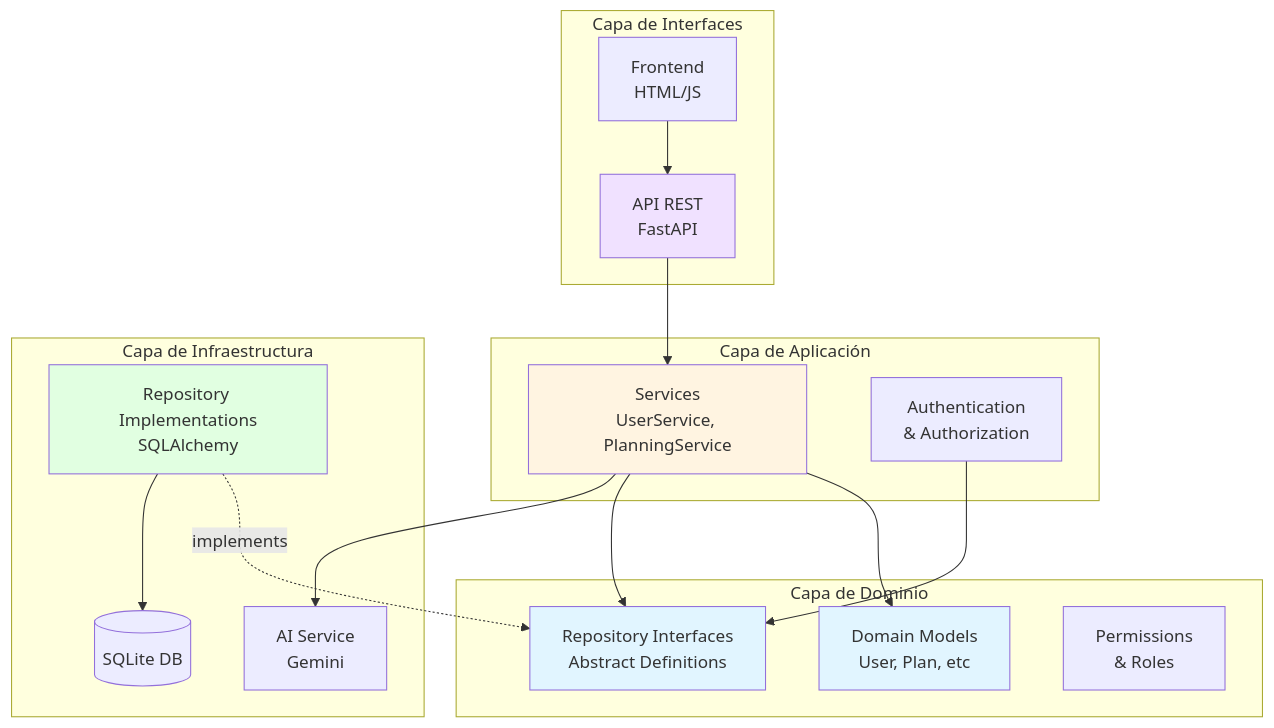
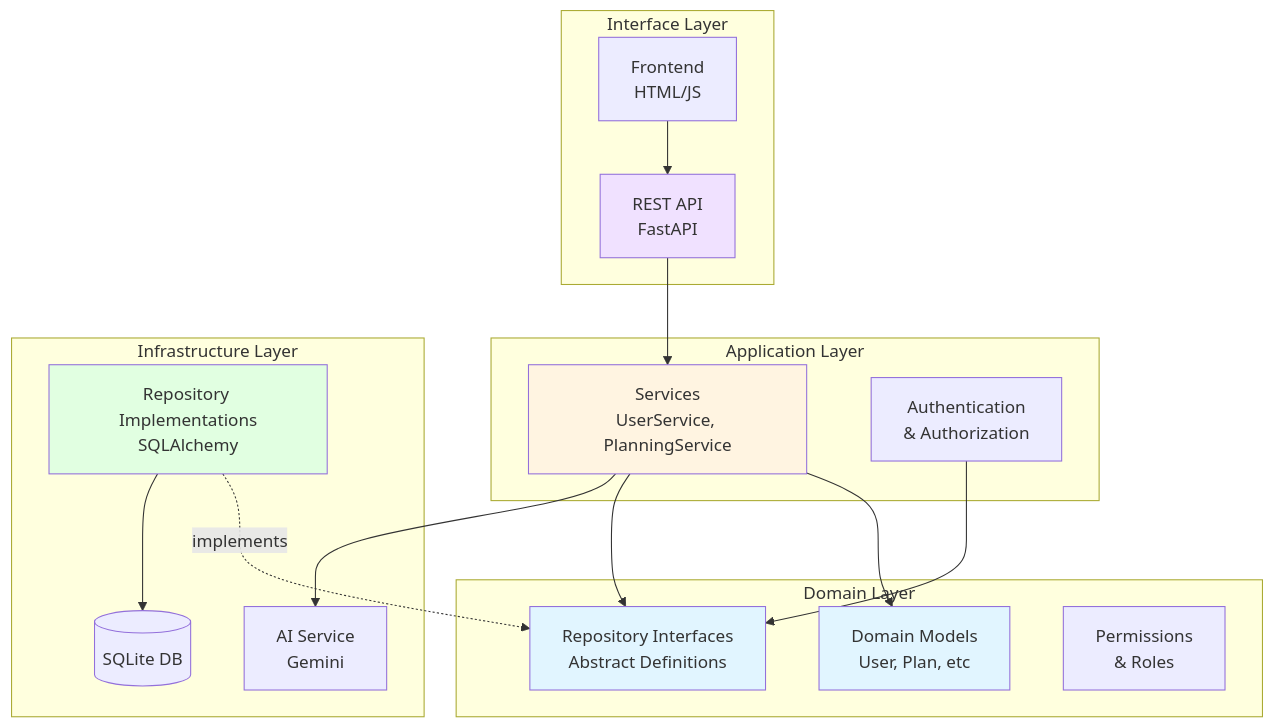
The first of 5 diagrams in ARCHITECTURE.md (LuisFelipe09/agent_fitness), drawn with Mermaid before and after one commit. The commit also changed other lines of this file and 1 other file, not shown here.

Commit message:
docs: Translate architecture document to English and create project README.

````diff
--- a/ARCHITECTURE.md
+++ b/ARCHITECTURE.md
@@ -7,39 +7,39 @@
 ```mermaid
 graph TB
-    subgraph "Capa de Interfaces"
-        API[API REST<br/>FastAPI]
+    subgraph "Interface Layer"
+        API[REST API<br/>FastAPI]
         Frontend[Frontend<br/>HTML/JS]
     end
     
-    subgraph "Capa de Aplicación"
+    subgraph "Application Layer"
         Services[Services<br/>UserService, PlanningService]
         Auth[Authentication<br/>& Authorization]
     end
     
-    subgraph "Capa de Dominio"
+    subgraph "Domain Layer"
         Models[Domain Models<br/>User, Plan, etc]
         Repos[Repository Interfaces<br/>Abstract Definitions]
         Permissions[Permissions<br/>& Roles]
     end
     
-    subgraph "Capa de Infraestructura"
+    subgraph "Infrastructure Layer"
         RepoImpl[Repository Implementations<br/>SQLAlchemy]
         AI[AI Service<br/>Gemini]
         DB[(SQLite DB)]
     end
     
     API --> Services
     Frontend --> API
     Services --> Models
     Services --> Repos
     Auth --> Repos
     RepoImpl -.implements.-> Repos
     RepoImpl --> DB
     Services --> AI
     
     style Models fill:#e1f5ff
     style Repos fill:#e1f5ff
     style Services fill:#fff4e1
     style API fill:#f0e1ff
     style RepoImpl fill:#e1ffe1
 ```
````
